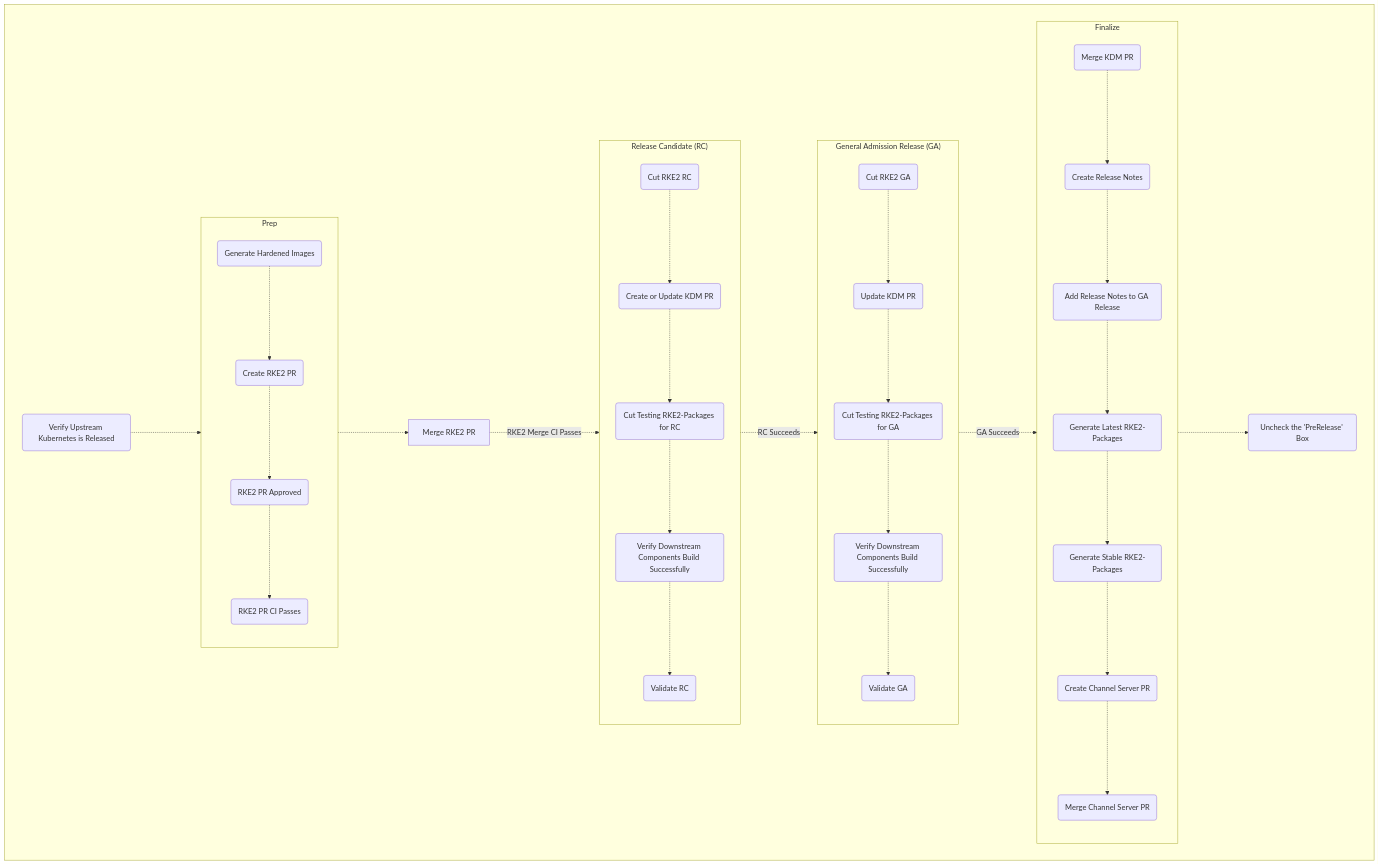
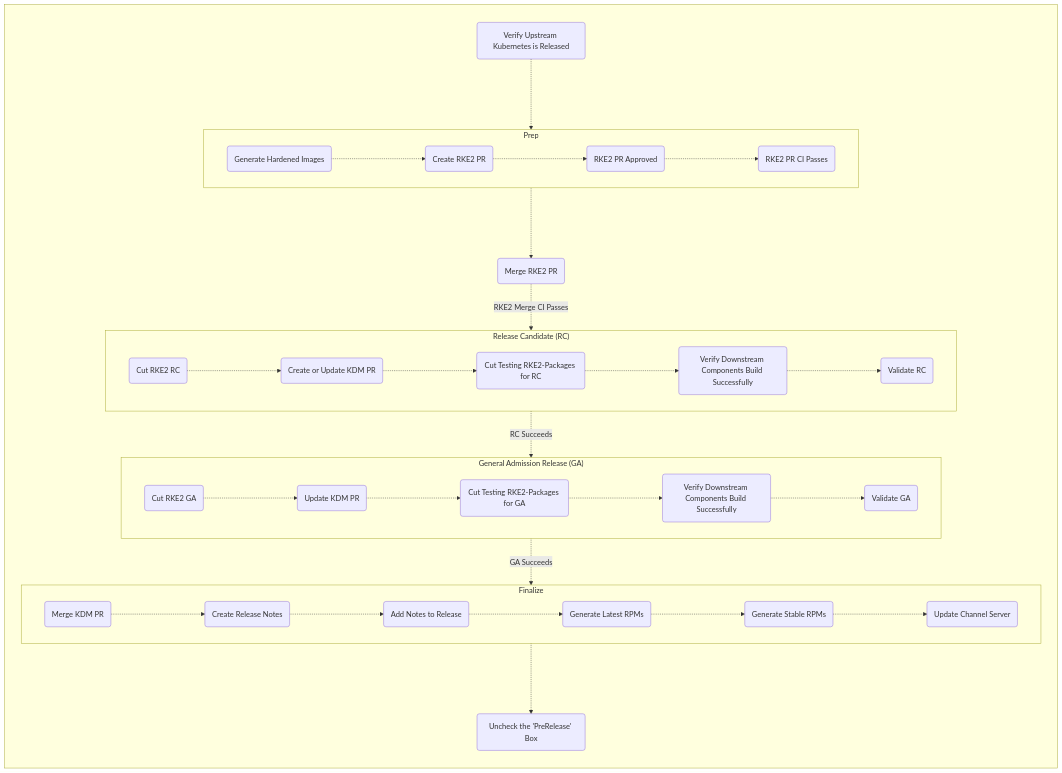
Before and after one commit to rancher/ecm-distro-tools: the diagram in docs/releasing_rke2.md, drawn with Mermaid. The commit also changed other lines of this file and 2 other files, not shown here.

````diff
--- a/docs/releasing_rke2.md
+++ b/docs/releasing_rke2.md
@@ -247,53 +246,53 @@
 ```mermaid
 flowchart LR
 
 subgraph Overview [" "]
-  direction LR
+  direction TB
   Start("Verify Upstream Kubernetes is Released") -..-> Prep -..->
-  PR["Merge RKE2 PR"] -."RKE2 Merge CI Passes".-> RC
+  PR("Merge RKE2 PR") -."RKE2 Merge CI Passes".-> RC
   RC -."RC Succeeds".-> GA -."GA Succeeds".-> Finalize -..->
   End("Uncheck the 'PreRelease' Box")
 end
 
 GenImage("Generate Hardened Images")
 PrCreate("Create RKE2 PR")
 PrPass("RKE2 PR CI Passes")
 PrApprove("RKE2 PR Approved")
 subgraph Prep
-  direction TB
+  direction LR
   GenImage -..-> PrCreate -..-> PrApprove -..-> PrPass
 end
 
 RcCut("Cut RKE2 RC")
 RcDown("Verify Downstream Components Build Successfully")
 RcRpm("Cut Testing RKE2-Packages for RC")
 RcKdm("Create or Update KDM PR")
 RcQa("Validate RC")
 subgraph RC ["Release Candidate (RC)"]
-  direction TB
+  direction LR
   RcCut -..-> RcKdm -..-> RcRpm -..-> RcDown -..-> RcQa
 end
 
 GaCut("Cut RKE2 GA")
 GaDown("Verify Downstream Components Build Successfully")
 GaRpm("Cut Testing RKE2-Packages for GA")
 GaKdm("Update KDM PR")
 GaQa("Validate GA")
 subgraph GA ["General Admission Release (GA)"]
-  direction TB
+  direction LR
   GaCut -..-> GaKdm -..-> GaRpm -..-> GaDown -..-> GaQa
 end
 
 KdmMerge("Merge KDM PR")
 RnCreate("Create Release Notes")
-RnAdd("Add Release Notes to GA Release")
-RpmLatest("Generate Latest RKE2-Packages")
-RpmStable("Generate Stable RKE2-Packages")
-CsPR("Create Channel Server PR")
-CsMerge("Merge Channel Server PR")
+RnAdd("Add Notes to Release")
+RpmLatest("Generate Latest RPMs")
+RpmStable("Generate Stable RPMs")
+CsUp("Update Channel Server")
+
 subgraph Finalize
-  direction TB
+  direction LR
   KdmMerge -..-> RnCreate -..-> RnAdd -..->
-  RpmLatest -..-> RpmStable -..-> CsPR -..-> CsMerge
+  RpmLatest -..-> RpmStable -..-> CsUp
 end
 ```
````
